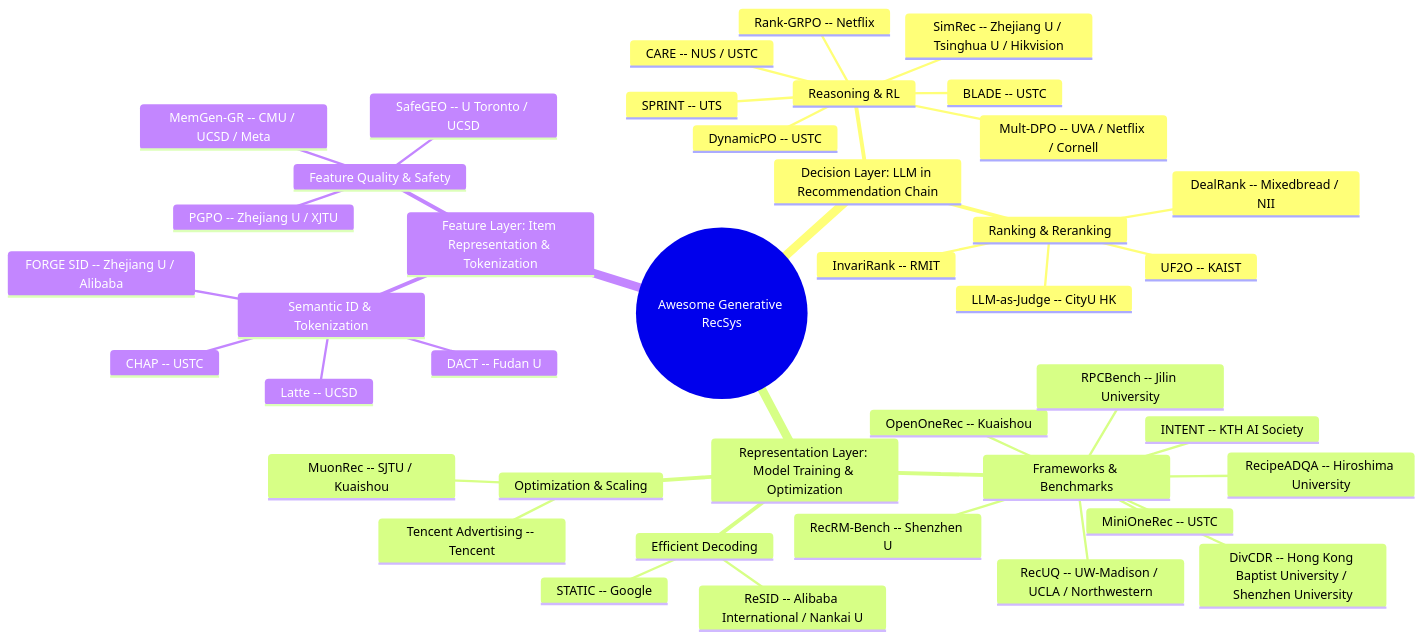
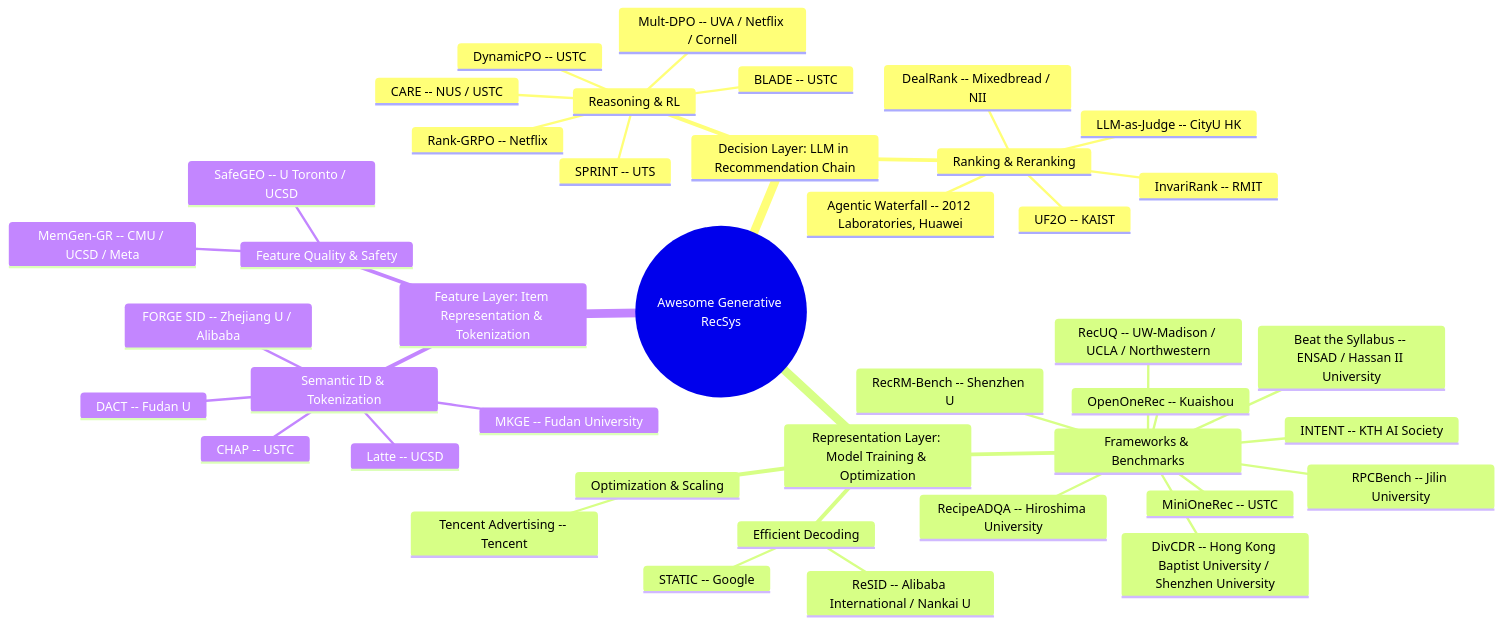
Before and after one commit to HaFred/awesome-generative-recsys: the diagram in README.md, drawn with Mermaid. The commit also changed other lines of this file and 3 other files, not shown here.

Commit message:
opensource: Agentic Waterfall leads 5 fresh gen-rec papers with 3 code releases

````diff
--- a/README.md
+++ b/README.md
@@ -30,44 +30,45 @@
 ```mermaid
 mindmap
   root((Awesome Generative RecSys))
     Decision Layer: LLM in Recommendation Chain
       Reasoning & RL
         Rank-GRPO -- Netflix
         DynamicPO -- USTC
         BLADE -- USTC
         SPRINT -- UTS
         CARE -- NUS / USTC
         Mult-DPO -- UVA / Netflix / Cornell
-        SimRec -- Zhejiang U / Tsinghua U / Hikvision
       Ranking & Reranking
         InvariRank -- RMIT
         DealRank -- Mixedbread / NII
+        Agentic Waterfall -- 2012 Laboratories, Huawei
         UF2O -- KAIST
         LLM-as-Judge -- CityU HK
     Representation Layer: Model Training & Optimization
       Frameworks & Benchmarks
         MiniOneRec -- USTC
         OpenOneRec -- Kuaishou
         RecRM-Bench -- Shenzhen U
         RPCBench -- Jilin University
         INTENT -- KTH AI Society
         DivCDR -- Hong Kong Baptist University / Shenzhen University
         RecUQ -- UW-Madison / UCLA / Northwestern
         RecipeADQA -- Hiroshima University
+        Beat the Syllabus -- ENSAD / Hassan II University
       Efficient Decoding
         STATIC -- Google
         ReSID -- Alibaba International / Nankai U
       Optimization & Scaling
-        MuonRec -- SJTU / Kuaishou
         Tencent Advertising -- Tencent
     Feature Layer: Item Representation & Tokenization
       Semantic ID & Tokenization
         Latte -- UCSD
         FORGE SID -- Zhejiang U / Alibaba
         DACT -- Fudan U
         CHAP -- USTC
+        MKGE -- Fudan University
       Feature Quality & Safety
         SafeGEO -- U Toronto / UCSD
         MemGen-GR -- CMU / UCSD / Meta
-        PGPO -- Zhejiang U / XJTU
+
 ```
````
